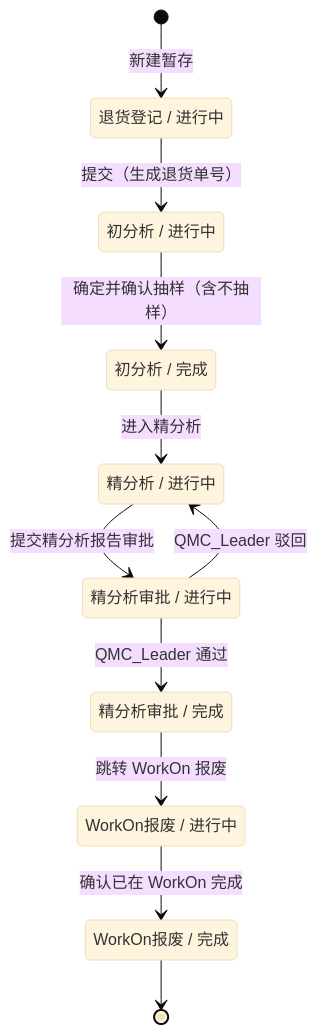
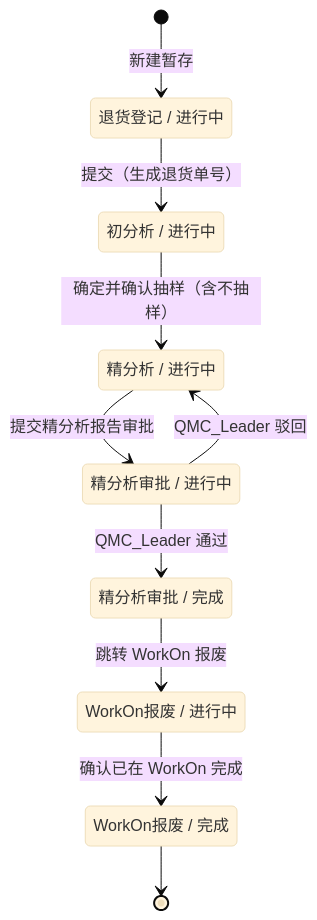
The third of 12 diagrams in 开发设计文档.md (xvfeiran/wfam-doc), drawn with Mermaid (base theme) before and after one commit. The commit also changed other lines of this file and 1 other file, not shown here.

First line of the commit message:
docs: merge 初分析/完成 into 精分析/进行中 (v1.5)

````diff
--- a/开发设计文档.md
+++ b/开发设计文档.md
@@ -283,22 +283,20 @@
 ```mermaid
 stateDiagram-v2
     state "退货登记 / 进行中" as reg_ip
     state "初分析 / 进行中" as ia_ip
-    state "初分析 / 完成" as ia_done
     state "精分析 / 进行中" as da_ip
     state "精分析审批 / 进行中" as ap_ip
     state "精分析审批 / 完成" as ap_done
     state "WorkOn报废 / 进行中" as scrap_ip
     state "WorkOn报废 / 完成" as scrap_done
 
     [*] --> reg_ip: 新建暂存
     reg_ip --> ia_ip: 提交（生成退货单号）
-    ia_ip --> ia_done: 确定并确认抽样（含不抽样）
-    ia_done --> da_ip: 进入精分析
+    ia_ip --> da_ip: 确定并确认抽样（含不抽样）
     da_ip --> ap_ip: 提交精分析报告审批
     ap_ip --> da_ip: QMC_Leader 驳回
     ap_ip --> ap_done: QMC_Leader 通过
     ap_done --> scrap_ip: 跳转 WorkOn 报废
     scrap_ip --> scrap_done: 确认已在 WorkOn 完成
     scrap_done --> [*]
 ```
````
